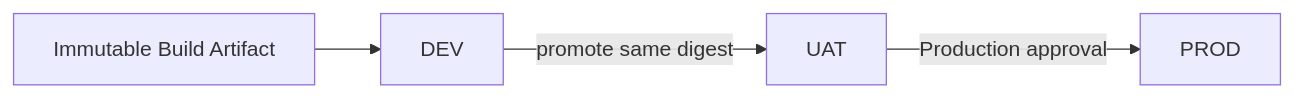
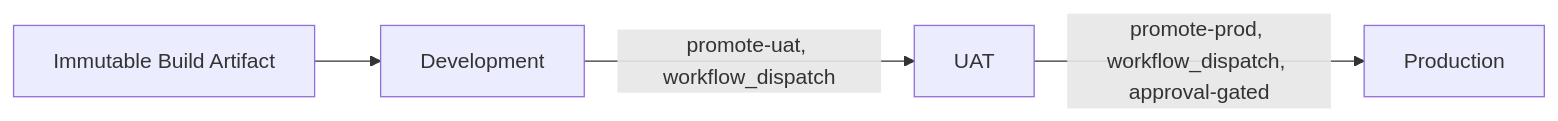
One commit to nikmar0808/enterprise-integration-azure changed the second of 2 diagrams in README_AZURE.md. Above: the diagram before and after it, drawn with Mermaid. The commit also changed other lines of this file and 32 other files, not shown here.

Commit message:
Release 1.1: added variables in .tf, checking strategy of UAT tear down/DEV build up, default ACR_REGISTRY, IMAGE_TAG fixes

````diff
--- a/README_AZURE.md
+++ b/README_AZURE.md
@@ -164,6 +74,6 @@
 ```mermaid
 flowchart LR
-    Build[Immutable Build Artifact] --> DEV[DEV]
-    DEV -->|promote same digest| UAT[UAT]
-    UAT -->|Production approval| PROD[PROD]
+    Build[Immutable Build Artifact] --> Dev[Development]
+    Dev -->|promote-uat, workflow_dispatch| UAT[UAT]
+    UAT -->|promote-prod, workflow_dispatch, approval-gated| Prod[Production]
 ```
````
